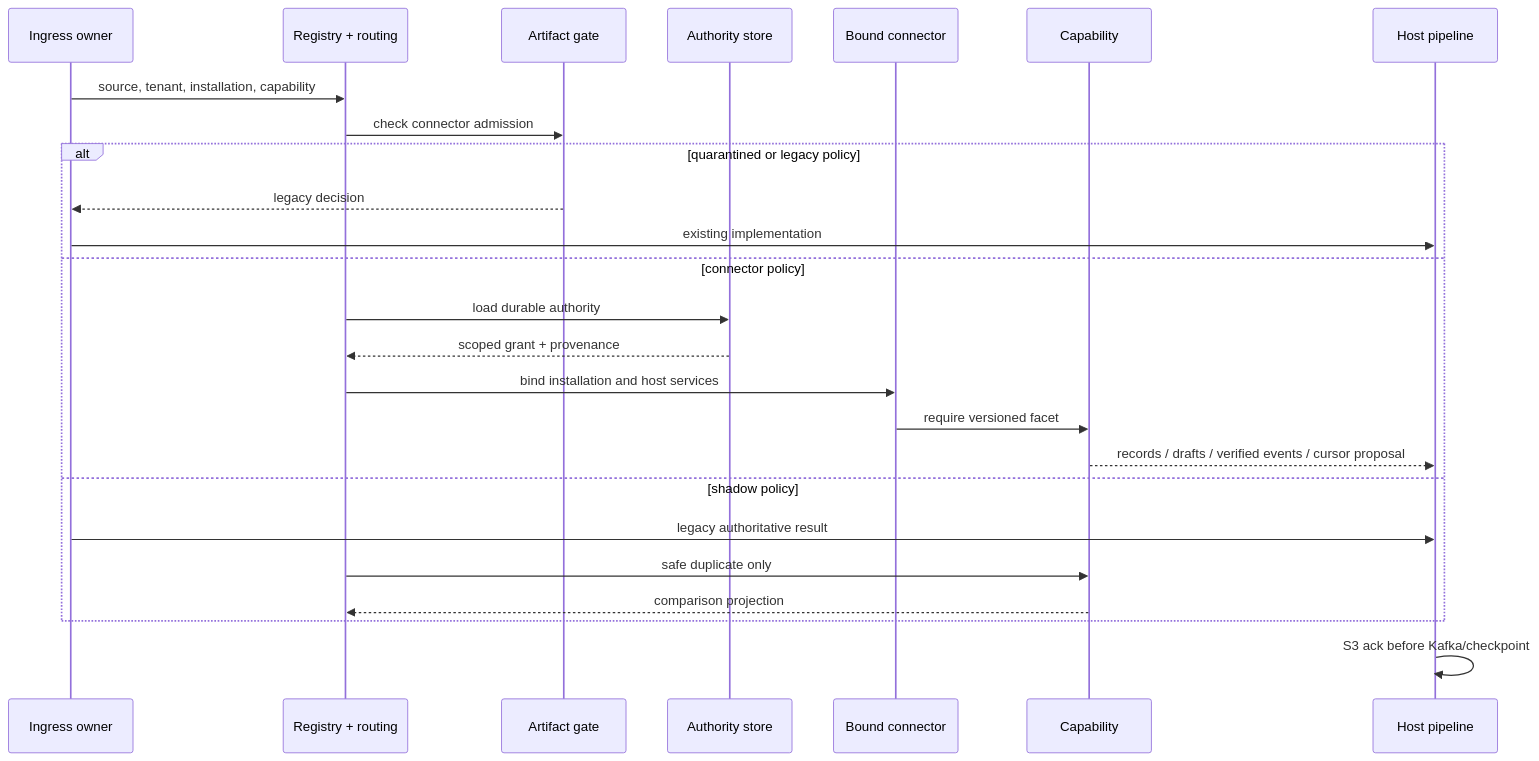
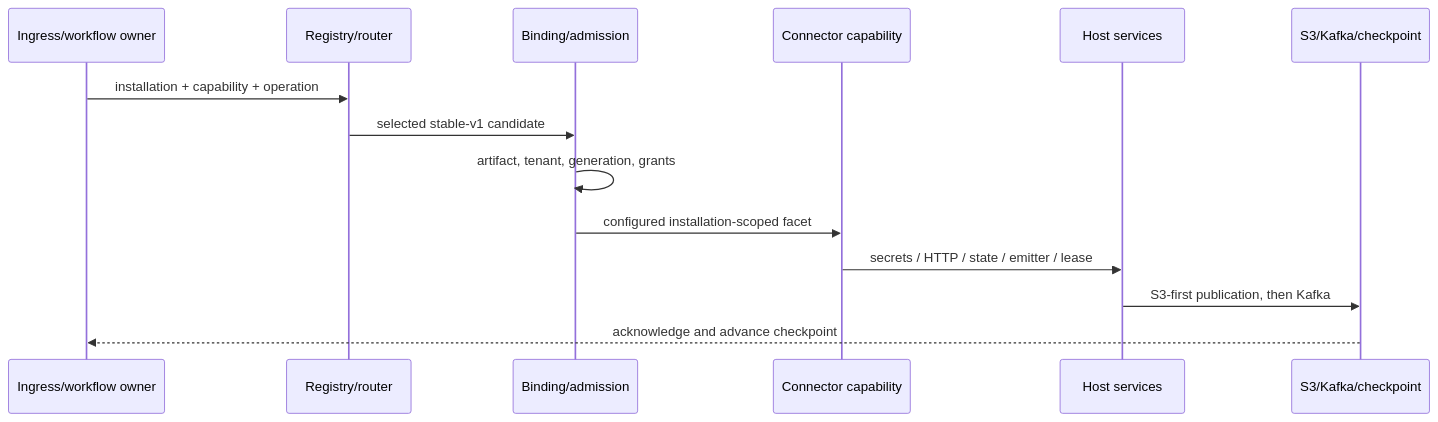
The second of 5 diagrams in PHASE_3_IMPLEMENTATION_REPORT.md (Fyralisinc/fyraliscore), drawn with Mermaid before and after one commit. The commit also changed other lines of this file and 82 other files, not shown here.

````diff
--- a/PHASE_3_IMPLEMENTATION_REPORT.md
+++ b/PHASE_3_IMPLEMENTATION_REPORT.md
@@ -162,28 +108,16 @@
 ```mermaid
 sequenceDiagram
-    participant O as Ingress owner
-    participant R as Registry + routing
-    participant A as Artifact gate
-    participant U as Authority store
-    participant B as Bound connector
-    participant C as Capability
-    participant H as Host pipeline
-
-    O->>R: source, tenant, installation, capability
-    R->>A: check connector admission
-    alt quarantined or legacy policy
-        A-->>O: legacy decision
-        O->>H: existing implementation
-    else connector policy
-        R->>U: load durable authority
-        U-->>R: scoped grant + provenance
-        R->>B: bind installation and host services
-        B->>C: require versioned facet
-        C-->>H: records / drafts / verified events / cursor proposal
-    else shadow policy
-        O->>H: legacy authoritative result
-        R->>C: safe duplicate only
-        C-->>R: comparison projection
-    end
-    H->>H: S3 ack before Kafka/checkpoint
+    participant O as Ingress/workflow owner
+    participant R as Registry/router
+    participant B as Binding/admission
+    participant C as Connector capability
+    participant H as Host services
+    participant D as S3/Kafka/checkpoint
+    O->>R: installation + capability + operation
+    R->>B: selected stable-v1 candidate
+    B->>B: artifact, tenant, generation, grants
+    B->>C: configured installation-scoped facet
+    C->>H: secrets / HTTP / state / emitter / lease
+    H->>D: S3-first publication, then Kafka
+    D-->>O: acknowledge and advance checkpoint
 ```
````
